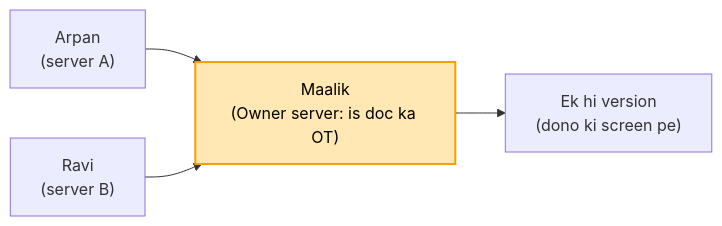
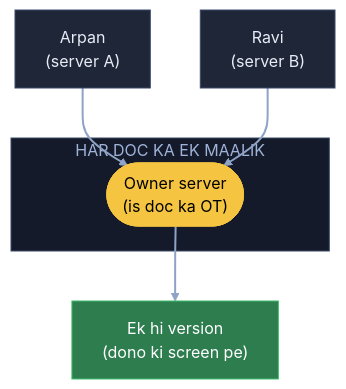
One commit to ArpanMaheshwari144/Prep changed the fourth of 7 diagrams in 04_HLD/SYSTEM_DESIGNS/11_google_docs_collab/11_google_docs_collab.md. Above: the diagram before and after it, drawn with Mermaid. The commit also changed other lines of this file, not shown here.

Commit message:
Docs: 7 diagram YouTube (reel) wale card andaaz me

````diff
--- a/04_HLD/SYSTEM_DESIGNS/11_google_docs_collab/11_google_docs_collab.md
+++ b/04_HLD/SYSTEM_DESIGNS/11_google_docs_collab/11_google_docs_collab.md
@@ -98,7 +131,18 @@
 ```mermaid
-flowchart LR
-    A["Arpan<br/>(server A)"] --> O["Maalik<br/>(Owner server: is doc ka OT)"]
-    R["Ravi<br/>(server B)"] --> O
-    O --> V["Ek hi version<br/>(dono ki screen pe)"]
-    style O fill:#ffe8b3,stroke:#f59f00,stroke-width:2px,color:#000
+flowchart TB
+    A["Arpan<br/>(server A)"]:::card
+    R["Ravi<br/>(server B)"]:::card
+    subgraph MK["HAR DOC KA EK MAALIK"]
+        O(["Owner server<br/>(is doc ka OT)"]):::pill
+    end
+    V["Ek hi version<br/>(dono ki screen pe)"]:::good
+    A --> O
+    R --> O
+    O --> V
+    linkStyle default stroke:#8fa3c7,stroke-width:2px
+    classDef card fill:#1e2638,stroke:#3a4a6b,color:#e8ecf5
+    classDef pill fill:#f5c542,stroke:#f5c542,color:#000
+    classDef good fill:#2e7d4f,stroke:#3fbf6f,color:#fff
+    classDef bad fill:#5c1f24,stroke:#e05561,color:#fff
+    style MK fill:#141a29,stroke:#3a4a6b,color:#9fb3d9
 ```
````
